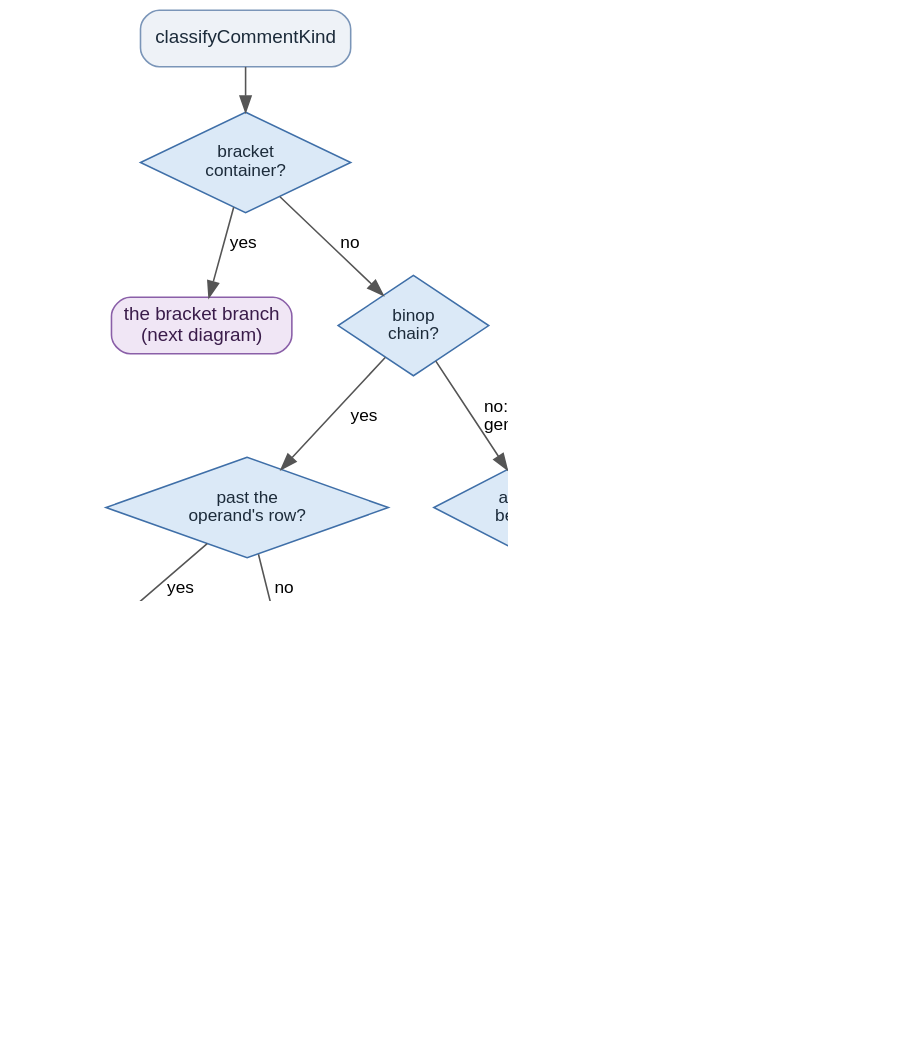
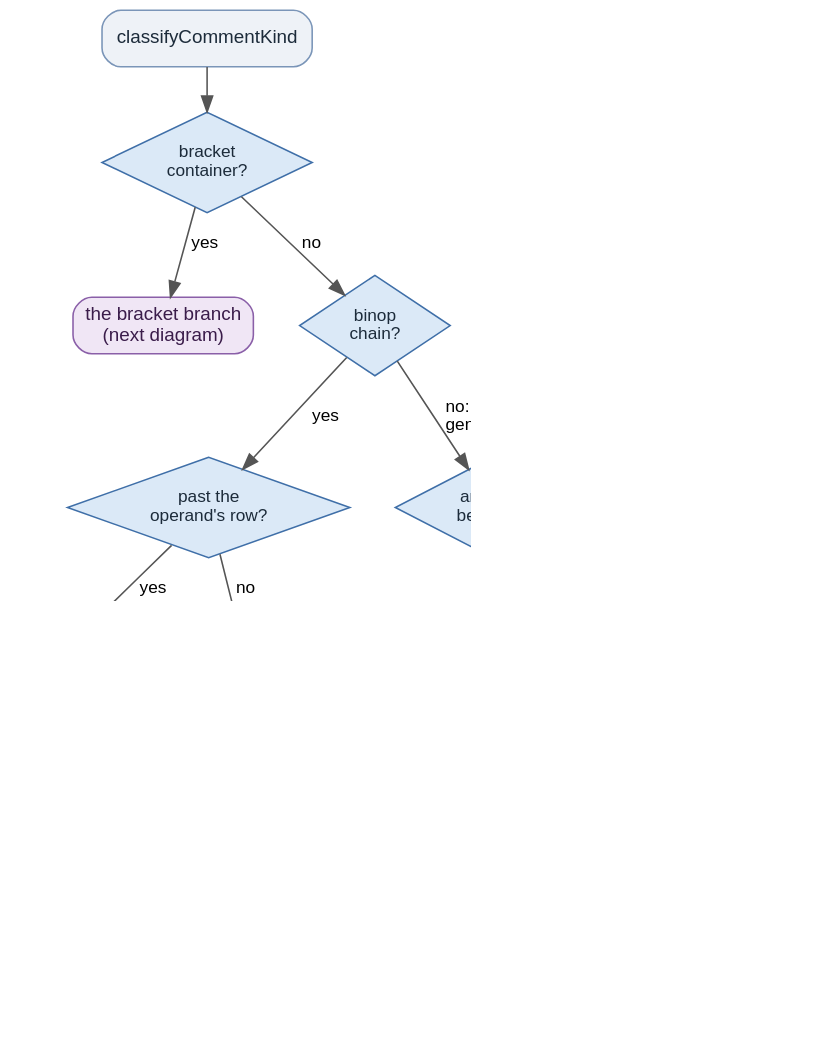
One commit to gilramir/gren-format-lib changed the diagram in docs/diagrams/comment-classify-flow.dot. Above: the diagram before and after it, drawn with Graphviz. The commit also changed 34 other files, not shown here.

```diff
--- a/docs/diagrams/comment-classify-flow.dot
+++ b/docs/diagrams/comment-classify-flow.dot
@@ -1,61 +1,61 @@
 digraph ClassifyFlow {
     rankdir=TB;
     bgcolor="white";
     dpi=130;
     fontname="Helvetica,Arial,sans-serif";
     ranksep=0.38;
     nodesep=0.40;
 
     node [fontname="Helvetica,Arial,sans-serif", fontsize=12];
     edge [fontname="Helvetica,Arial,sans-serif", fontsize=11, color="#555555"];
 
     node [shape=box, style="rounded,filled", fillcolor="#eef2f7", color="#7a95b8", fontcolor="#1c2b3a"];
     entry [label="classifyCommentKind"];
 
     node [shape=box, style="rounded,filled", fillcolor="#f0e6f5", color="#8a5fa8", fontcolor="#3a1c4a"];
     toBracket [label="the bracket branch\n(next diagram)"];
 
     node [shape=diamond, style="filled", fillcolor="#dbe9f7", color="#3f6fa8", fontcolor="#1c2b3a", fontsize=11];
     dBracket [label="bracket\ncontainer?"];
     dBinop   [label="binop\nchain?"];
     bRow     [label="past the\noperand's row?"];
     gPrev    [label="anything\nbefore it?"];
     gKind    [label="which kind?"];
     gLine    [label="on the\nglue row?"];
     gBlock   [label="on the\nglue row?"];
     gMulti   [label="multi-line?"];
 
     node [shape=box, style="rounded,filled", fillcolor="#e4f3e4", color="#4b8b4b", fontcolor="#14401b", fontsize=12];
-    r1 [label="LeadsOwnLine"];
+    r1 [label="LeadsLine"];
     r2 [label="TrailsPrevious"];
-    r3 [label="LeadsOwnLine"];
+    r3 [label="LeadsLine"];
     r4 [label="TrailsPrevious"];
-    r5 [label="LeadsOwnLine"];
+    r5 [label="LeadsLine"];
     r6 [label="TrailsPrevious"];
     r7 [label="RidesInline"];
 
     entry -> dBracket;
     dBracket -> toBracket [label=" yes "];
     dBracket -> dBinop    [label=" no "];
 
     dBinop -> bRow  [label=" yes "];
     dBinop -> gPrev [label=" no: the\l generic flow\l"];
 
     bRow -> r1 [label=" yes "];
     bRow -> r2 [label=" no "];
 
     gPrev -> r3    [label=" nothing "];
     gPrev -> gKind [label=" yes "];
 
     gKind -> gLine  [label="  --  "];
     gKind -> gBlock [label="  {- -}  "];
 
     gLine -> r4 [label=" yes "];
     gLine -> r5 [label=" no "];
 
     gBlock -> gMulti [label=" yes "];
     gBlock -> r5     [label=" no "];
 
     gMulti -> r6 [label=" yes "];
     gMulti -> r7 [label=" no "];
 }
```
